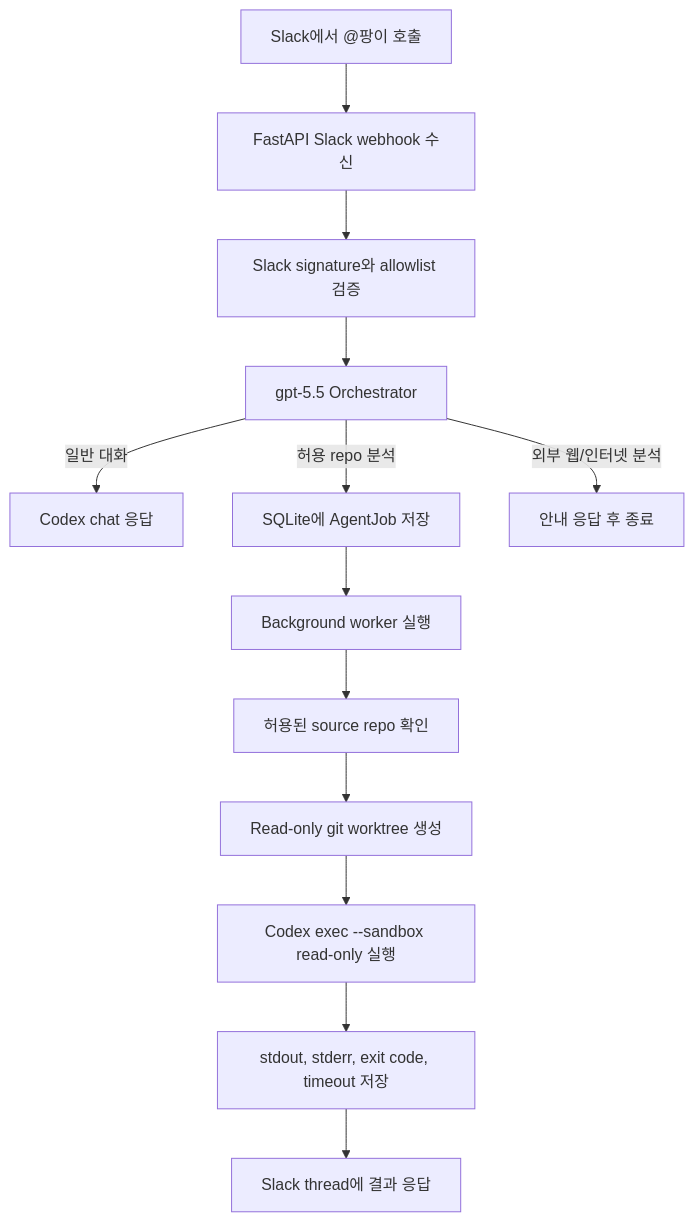
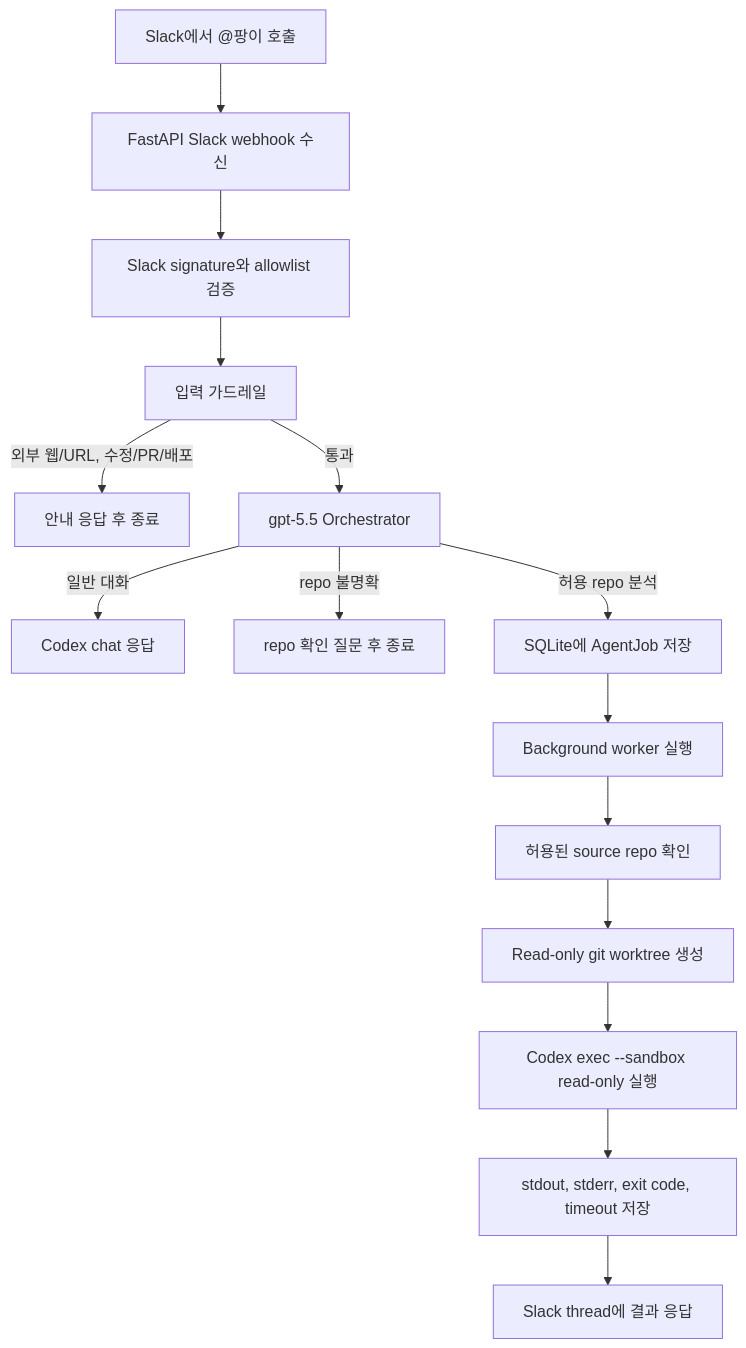
The diagram in README.md (team-PopPang/Pangi), drawn with Mermaid before and after one commit. The commit also changed other lines of this file and 38 other files, not shown here.

````diff
--- a/README.md
+++ b/README.md
@@ -16,15 +16,17 @@
 ```mermaid
 flowchart TD
     A["Slack에서 @팡이 호출"] --> B["FastAPI Slack webhook 수신"]
     B --> C["Slack signature와 allowlist 검증"]
-    C --> D["gpt-5.5 Orchestrator"]
-    D -->|일반 대화| Y["Codex chat 응답"]
-    D -->|허용 repo 분석| E["SQLite에 AgentJob 저장"]
-    D -->|외부 웹/인터넷 분석| X["안내 응답 후 종료"]
-    E --> F["Background worker 실행"]
-    F --> G["허용된 source repo 확인"]
-    G --> H["Read-only git worktree 생성"]
-    H --> I["Codex exec --sandbox read-only 실행"]
-    I --> J["stdout, stderr, exit code, timeout 저장"]
-    J --> K["Slack thread에 결과 응답"]
+    C --> D["입력 가드레일"]
+    D -->|외부 웹/URL, 수정/PR/배포| X["안내 응답 후 종료"]
+    D -->|통과| E["gpt-5.5 Orchestrator"]
+    E -->|일반 대화| Y["Codex chat 응답"]
+    E -->|repo 불명확| Z["repo 확인 질문 후 종료"]
+    E -->|허용 repo 분석| F["SQLite에 AgentJob 저장"]
+    F --> G["Background worker 실행"]
+    G --> H["허용된 source repo 확인"]
+    H --> I["Read-only git worktree 생성"]
+    I --> J["Codex exec --sandbox read-only 실행"]
+    J --> K["stdout, stderr, exit code, timeout 저장"]
+    K --> L["Slack thread에 결과 응답"]
 ```
````
